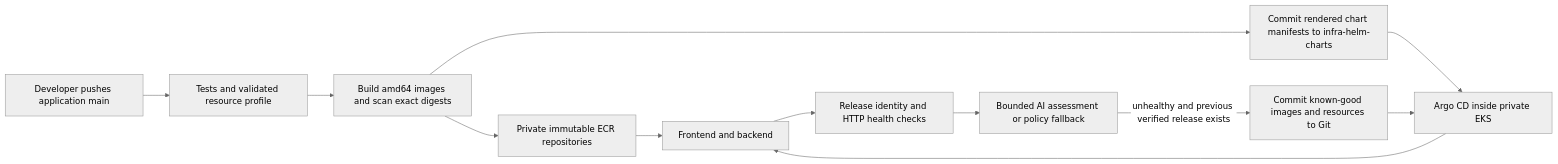
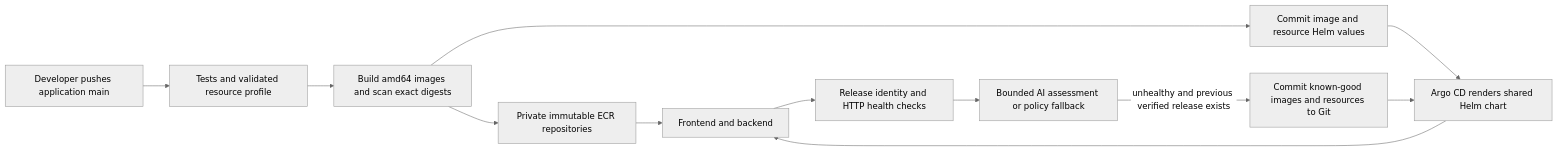
One commit to surendarrajasekaran/om-idea-board changed the diagram in docs/gitops.md. Above: the diagram before and after it, drawn with Mermaid (neutral theme). The commit also changed other lines of this file and 40 other files, not shown here.

Commit message:
Deploy GitOps-owned Helm chart and service overrides directly through Argo

````diff
--- a/docs/gitops.md
+++ b/docs/gitops.md
@@ -5,14 +5,14 @@
 ```mermaid
 flowchart LR
   Developer[Developer pushes application main] --> CI[Tests and validated resource profile]
   CI --> Images[Build amd64 images and scan exact digests]
   Images --> ECR[Private immutable ECR repositories]
-  Images --> Git[Commit rendered chart manifests to infra-helm-charts]
-  Git --> Argo[Argo CD inside private EKS]
+  Images --> Git[Commit image and resource Helm values]
+  Git --> Argo[Argo CD renders shared Helm chart]
   ECR --> Pods[Frontend and backend]
   Argo --> Pods
   Pods --> Health[Release identity and HTTP health checks]
   Health --> Assessment[Bounded AI assessment or policy fallback]
   Assessment -->|unhealthy and previous verified release exists| Recovery[Commit known-good images and resources to Git]
   Recovery --> Argo
 ```
````
